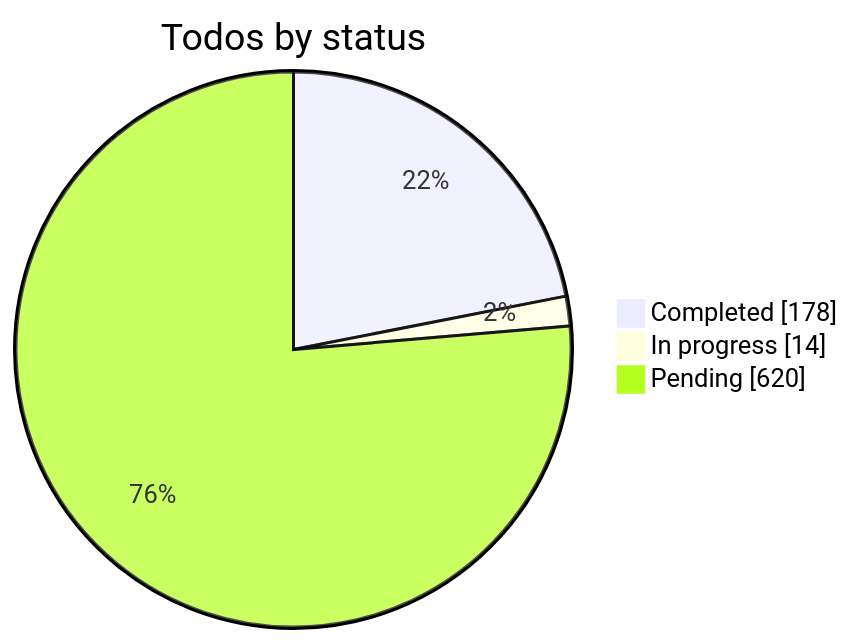
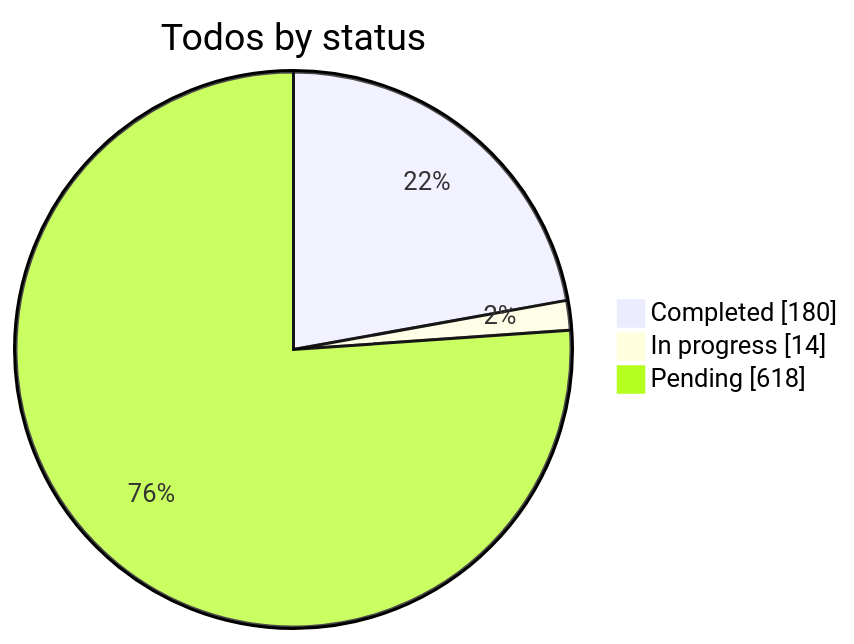
Before and after one commit to KantaPaul/next-cms: the first of 6 diagrams in .cursor/plans/combined_cms_refs_f96163bc.plan.md, drawn with Mermaid. The commit also changed other lines of this file and 6 other files, not shown here.

````diff
--- a/.cursor/plans/combined_cms_refs_f96163bc.plan.md
+++ b/.cursor/plans/combined_cms_refs_f96163bc.plan.md
@@ -2463,6 +2463,6 @@
 ```mermaid
 pie showData title Todos by status
-  "Completed" : 178
+  "Completed" : 180
   "In progress" : 14
-  "Pending" : 620
+  "Pending" : 618
 ```
````
